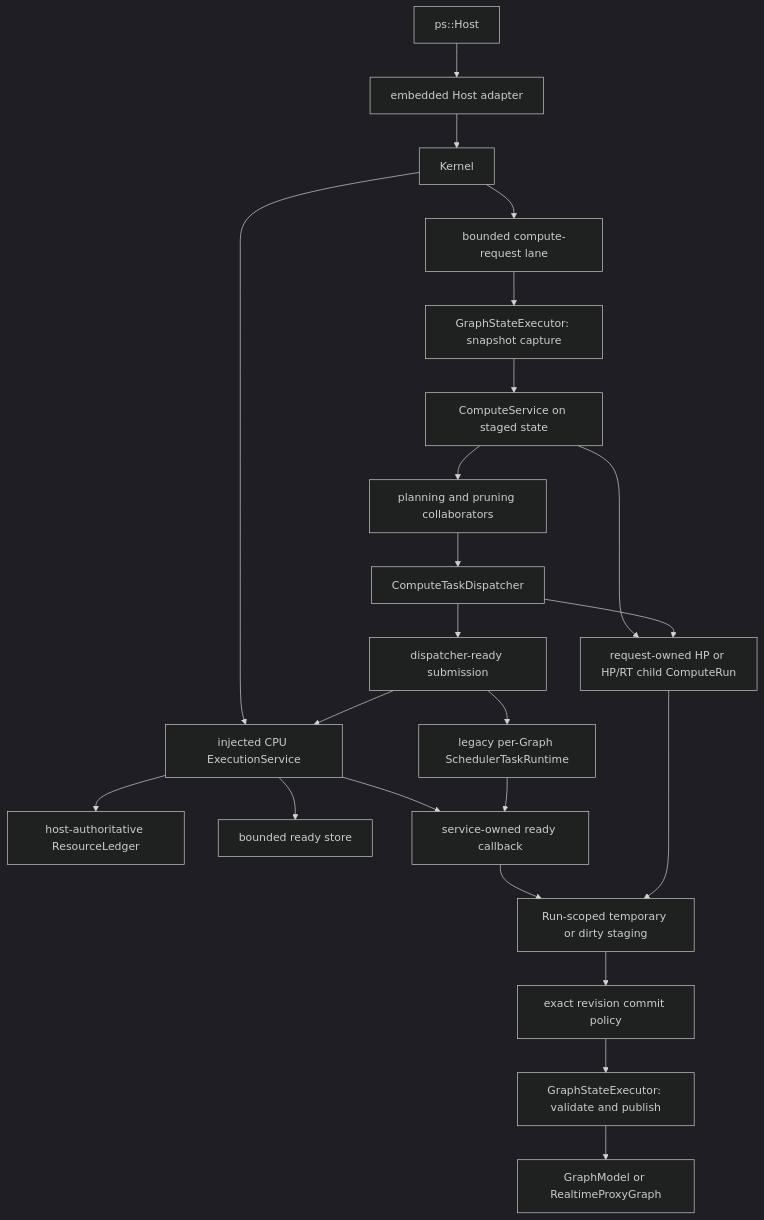
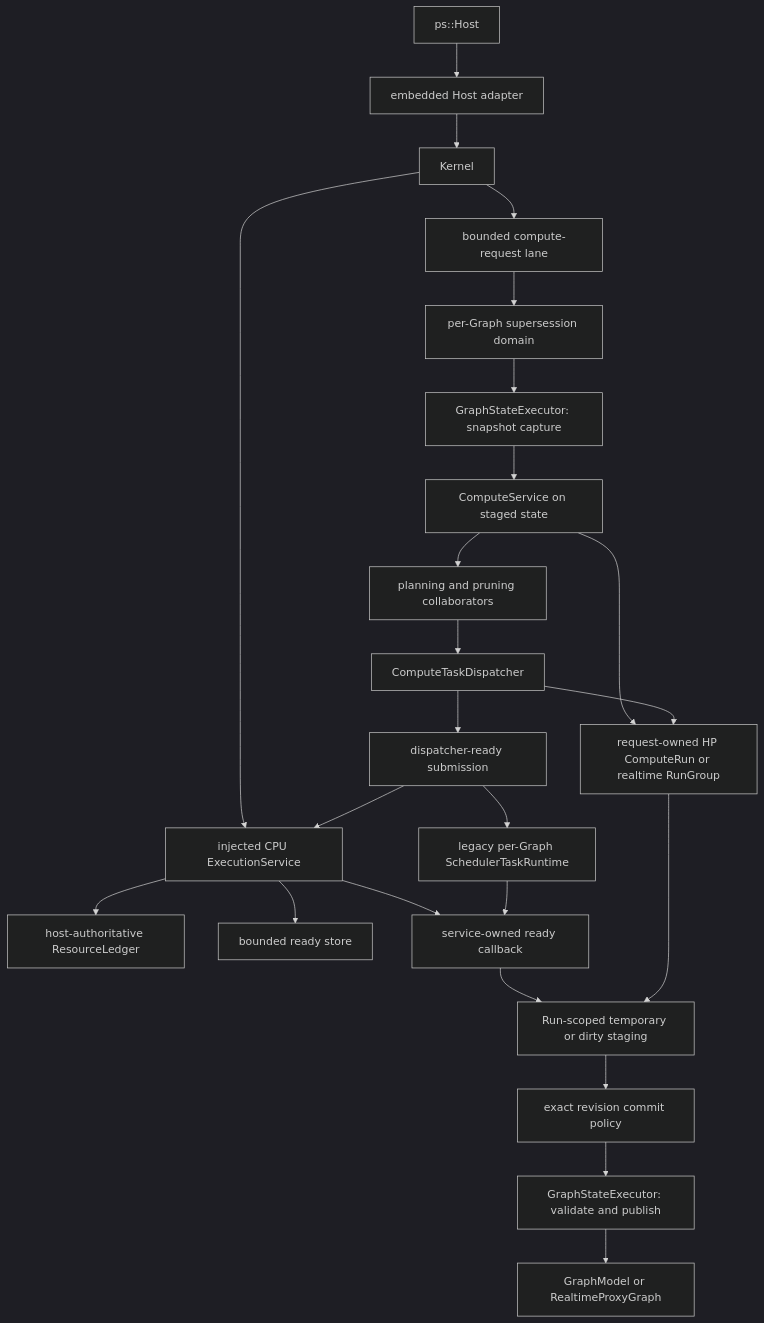
The diagram in docs/kernel-architecture/Compute-Boundaries.md (kevin-zf1123/photospider), drawn with Mermaid (dark theme) before and after one commit. The commit also changed other lines of this file and 26 other files, not shown here.

````diff
--- a/docs/kernel-architecture/Compute-Boundaries.md
+++ b/docs/kernel-architecture/Compute-Boundaries.md
@@ -24,25 +24,26 @@
 ```mermaid
 flowchart TD
   HOST["ps::Host"] --> ADAPTER["embedded Host adapter"]
   ADAPTER --> KERNEL["Kernel"]
   KERNEL --> EXEC["injected CPU ExecutionService"]
   EXEC --> LEDGER["host-authoritative ResourceLedger"]
   EXEC --> STORE["bounded ready store"]
   KERNEL --> REQUEST["bounded compute-request lane"]
-  REQUEST --> CAPTURE["GraphStateExecutor: snapshot capture"]
+  REQUEST --> DOMAIN["per-Graph supersession domain"]
+  DOMAIN --> CAPTURE["GraphStateExecutor: snapshot capture"]
   CAPTURE --> SERVICE["ComputeService on staged state"]
-  SERVICE --> RUN["request-owned HP or HP/RT child ComputeRun"]
+  SERVICE --> RUN["request-owned HP ComputeRun or realtime RunGroup"]
   SERVICE --> PLAN["planning and pruning collaborators"]
   PLAN --> DISPATCH["ComputeTaskDispatcher"]
   DISPATCH --> RUN
   DISPATCH --> READY["dispatcher-ready submission"]
   READY --> EXEC
   READY --> RUNTIME["legacy per-Graph SchedulerTaskRuntime"]
   EXEC --> CALLBACK["service-owned ready callback"]
   RUNTIME --> CALLBACK
   CALLBACK --> TEMP["Run-scoped temporary or dirty staging"]
   RUN --> TEMP
   TEMP --> COMMIT["exact revision commit policy"]
   COMMIT --> PUBLISH["GraphStateExecutor: validate and publish"]
   PUBLISH --> GRAPH["GraphModel or RealtimeProxyGraph"]
 ```
````
